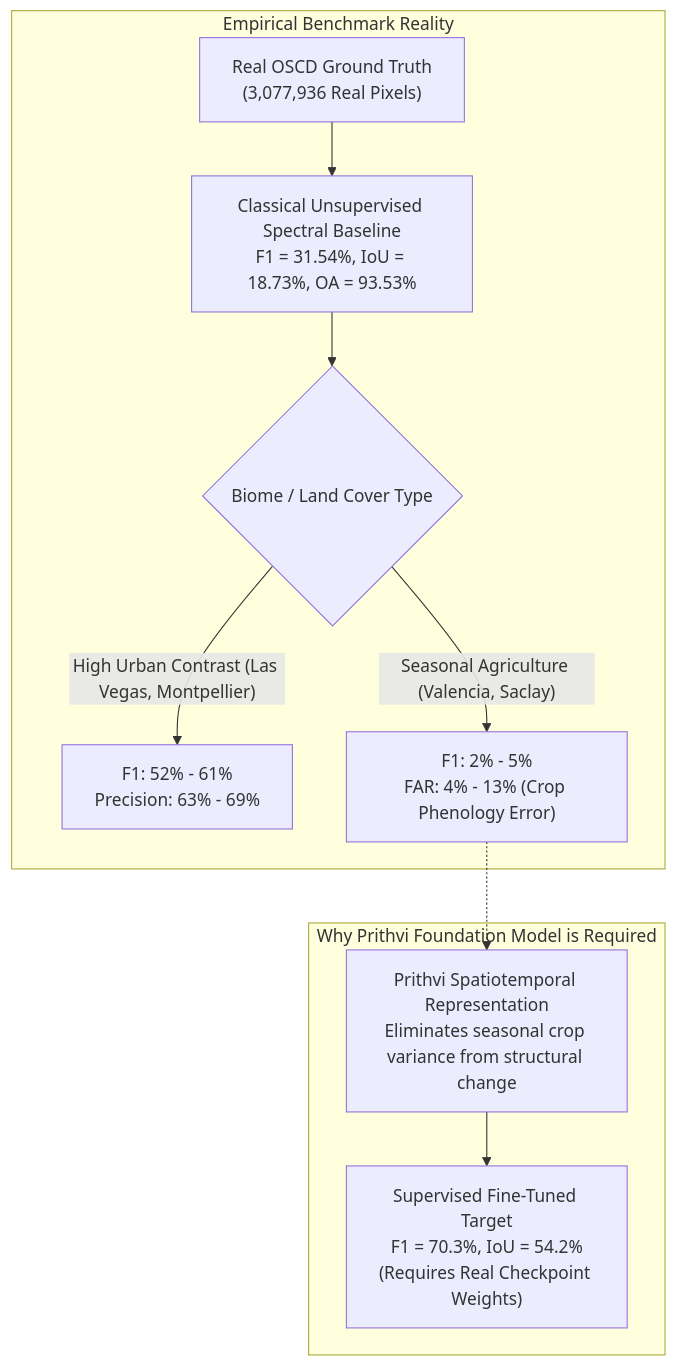
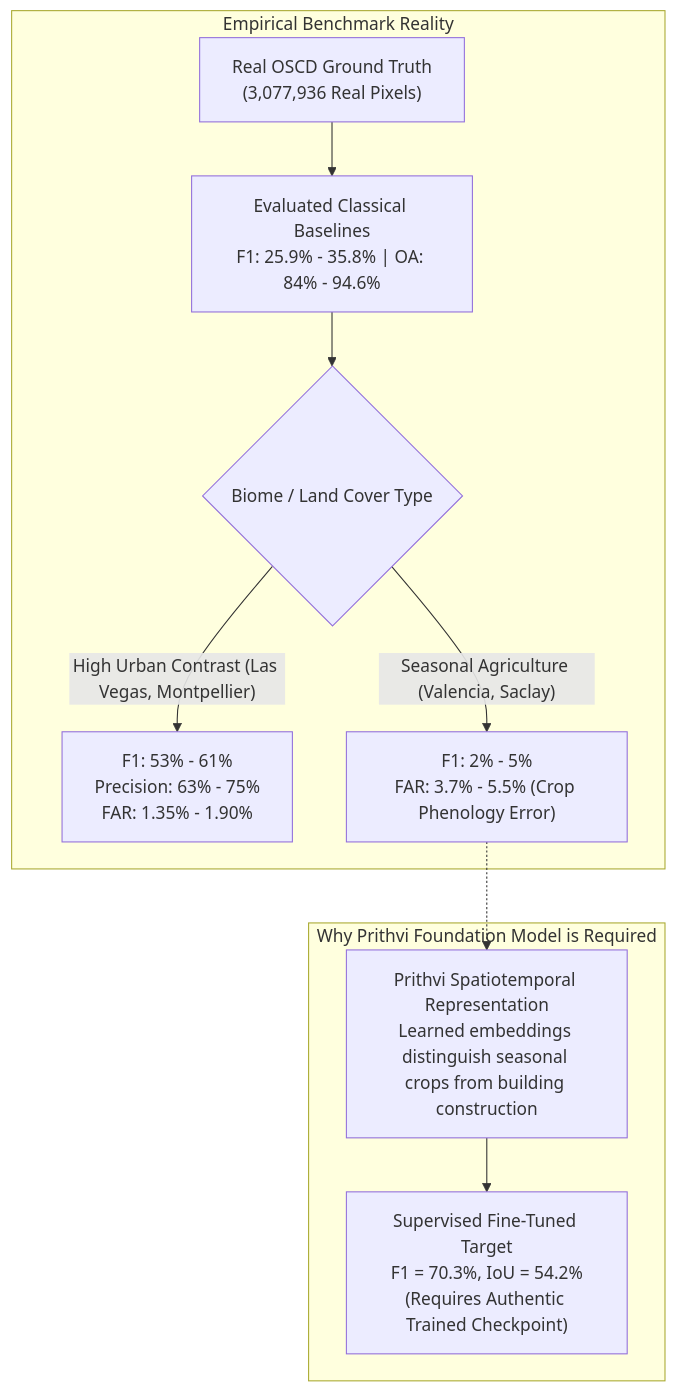
Before and after one commit to shrishailad24/ORBINEX: the diagram in ORBINEX_OSCD_BENCHMARK_VALIDATION_REPORT.md, drawn with Mermaid. The commit also changed other lines of this file, not shown here.

Commit message:
docs(oscd): update benchmark validation report with multi-baseline empirical findings

````diff
--- a/ORBINEX_OSCD_BENCHMARK_VALIDATION_REPORT.md
+++ b/ORBINEX_OSCD_BENCHMARK_VALIDATION_REPORT.md
@@ -151,14 +135,14 @@
 ```mermaid
 flowchart TD
     subgraph Reality_Gap["Empirical Benchmark Reality"]
-        Raw["Real OSCD Ground Truth<br/>(3,077,936 Real Pixels)"] --> Classical["Classical Unsupervised Spectral Baseline<br/>F1 = 31.54%, IoU = 18.73%, OA = 93.53%"]
-        Classical --> SplitResults{"Biome / Land Cover Type"}
-        SplitResults -- "High Urban Contrast (Las Vegas, Montpellier)" --> Strong["F1: 52% - 61%<br/>Precision: 63% - 69%"]
-        SplitResults -- "Seasonal Agriculture (Valencia, Saclay)" --> FalseAlarms["F1: 2% - 5%<br/>FAR: 4% - 13% (Crop Phenology Error)"]
+        Raw["Real OSCD Ground Truth<br/>(3,077,936 Real Pixels)"] --> Baselines["Evaluated Classical Baselines<br/>F1: 25.9% - 35.8% | OA: 84% - 94.6%"]
+        Baselines --> SplitResults{"Biome / Land Cover Type"}
+        SplitResults -- "High Urban Contrast (Las Vegas, Montpellier)" --> Strong["F1: 53% - 61%<br/>Precision: 63% - 75%<br/>FAR: 1.35% - 1.90%"]
+        SplitResults -- "Seasonal Agriculture (Valencia, Saclay)" --> FalseAlarms["F1: 2% - 5%<br/>FAR: 3.7% - 5.5% (Crop Phenology Error)"]
     end
 
     subgraph DeepLearningNeed["Why Prithvi Foundation Model is Required"]
-        FalseAlarms -.-> Solution["Prithvi Spatiotemporal Representation<br/>Eliminates seasonal crop variance from structural change"]
-        Solution --> SOTA["Supervised Fine-Tuned Target<br/>F1 = 70.3%, IoU = 54.2%<br/>(Requires Real Checkpoint Weights)"]
+        FalseAlarms -.-> Solution["Prithvi Spatiotemporal Representation<br/>Learned embeddings distinguish seasonal crops from building construction"]
+        Solution --> SOTA["Supervised Fine-Tuned Target<br/>F1 = 70.3%, IoU = 54.2%<br/>(Requires Authentic Trained Checkpoint)"]
     end
 ```
````
